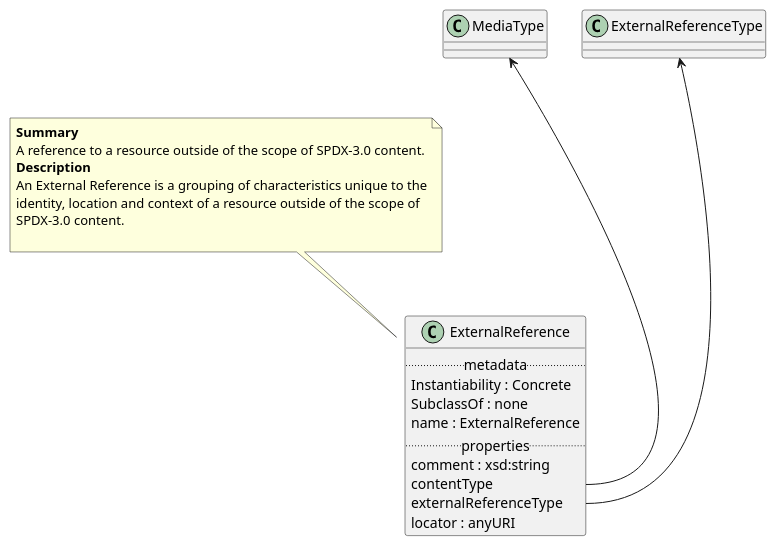
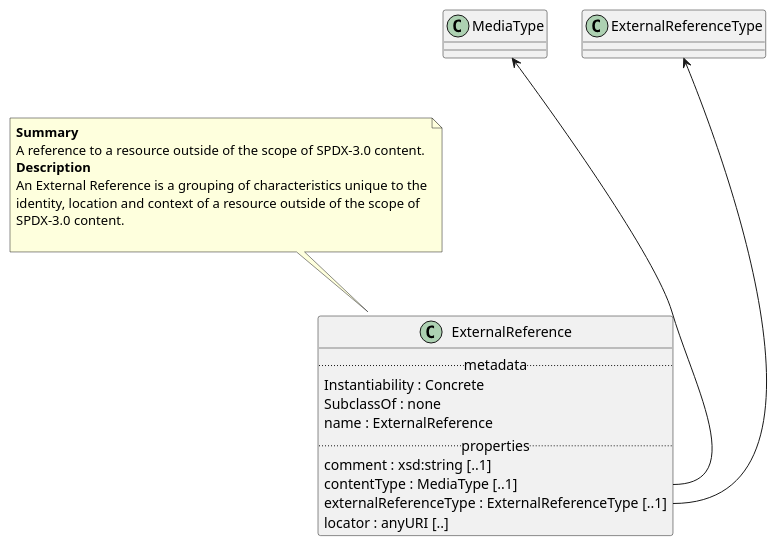
The diagram in Classes/ExternalReference.puml (maxhbr/spec-parser.hs), drawn with PlantUML before and after one commit. The commit also changed 34 other files, not shown here.

```diff
--- a/Classes/ExternalReference.puml
+++ b/Classes/ExternalReference.puml
@@ -1,24 +1,24 @@
 @startuml
 class ExternalReference {
 .. metadata ..
     Instantiability : Concrete
     SubclassOf : none
     name : ExternalReference
 .. properties ..
-    comment : xsd:string
-    contentType
-    externalReferenceType
-    locator : anyURI
+    comment : xsd:string [..1]
+    contentType : MediaType [..1]
+    externalReferenceType : ExternalReferenceType [..1]
+    locator : anyURI [..]
 }
 note top of ExternalReference
 <b>Summary</b>
 A reference to a resource outside of the scope of SPDX-3.0 content.
 <b>Description</b>
 An External Reference is a grouping of characteristics unique to the
 identity, location and context of a resource outside of the scope of
 SPDX-3.0 content.
 
 end note
 "MediaType" <--- "ExternalReference::contentType"
 "ExternalReferenceType" <--- "ExternalReference::externalReferenceType"
 @enduml
```
